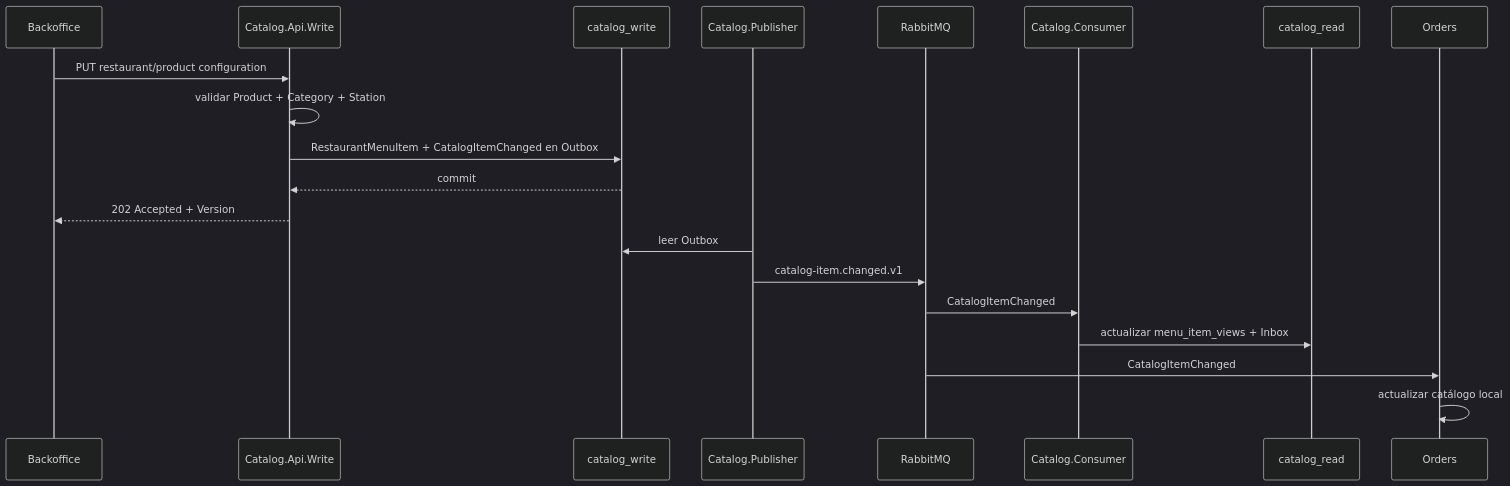
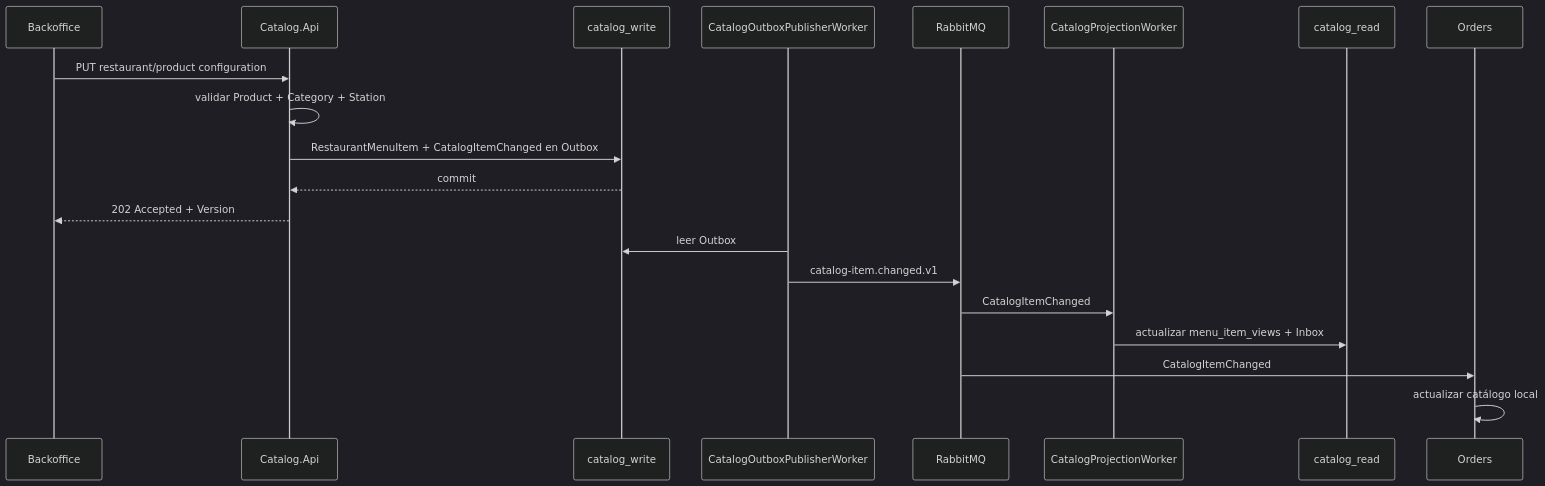
Before and after one commit to sergioocode/Restaurantes: the seventh of 7 diagrams in docs/Catalog.README.md, drawn with Mermaid (dark theme). The commit also changed other lines of this file and 11 other files, not shown here.

````diff
--- a/docs/Catalog.README.md
+++ b/docs/Catalog.README.md
@@ -882,24 +878,24 @@
 ```mermaid
 sequenceDiagram
     participant BO as Backoffice
-    participant W as Catalog.Api.Write
+    participant W as Catalog.Api
     participant WDB as catalog_write
-    participant Pub as Catalog.Publisher
+    participant Pub as CatalogOutboxPublisherWorker
     participant MQ as RabbitMQ
-    participant C as Catalog.Consumer
+    participant C as CatalogProjectionWorker
     participant RDB as catalog_read
     participant Orders
 
     BO->>W: PUT restaurant/product configuration
     W->>W: validar Product + Category + Station
     W->>WDB: RestaurantMenuItem + CatalogItemChanged en Outbox
     WDB-->>W: commit
     W-->>BO: 202 Accepted + Version
 
     Pub->>WDB: leer Outbox
     Pub->>MQ: catalog-item.changed.v1
     MQ->>C: CatalogItemChanged
     C->>RDB: actualizar menu_item_views + Inbox
     MQ->>Orders: CatalogItemChanged
     Orders->>Orders: actualizar catálogo local
 ```
````
